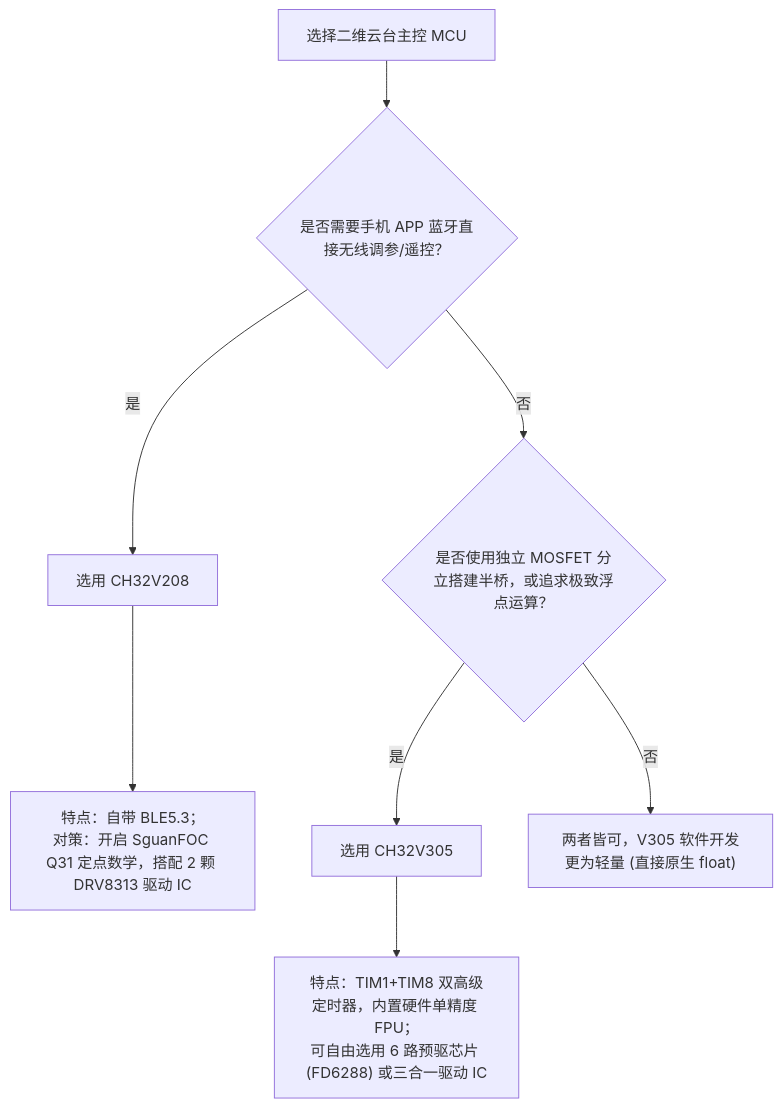
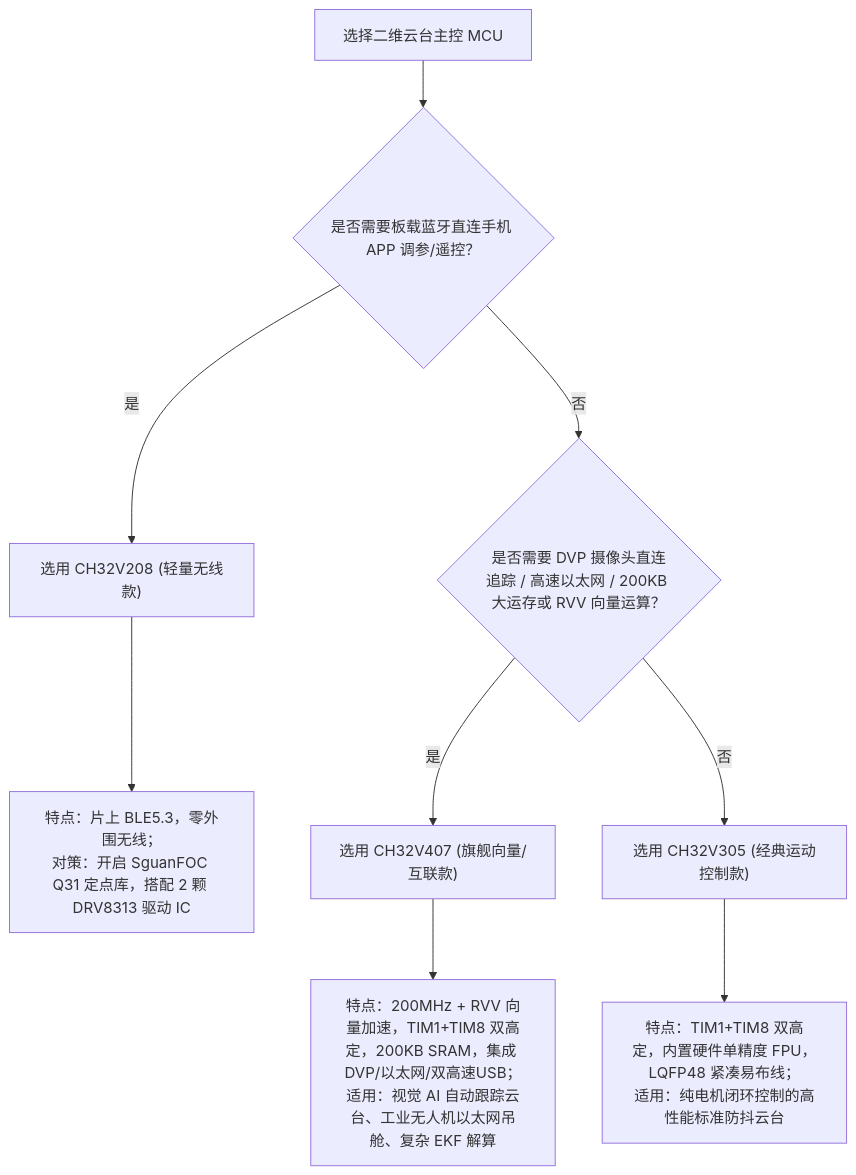
The first of 2 diagrams in commit/dual_motor_gimbal_guide.md (onlyistranger/SguanFOC_Library), drawn with Mermaid before and after one commit. The commit also changed other lines of this file and 1 other file, not shown here.

````diff
--- a/commit/dual_motor_gimbal_guide.md
+++ b/commit/dual_motor_gimbal_guide.md
@@ -82,11 +107,13 @@
 ```mermaid
 graph TD
-    Start["选择二维云台主控 MCU"] --> Q1{"是否需要手机 APP 蓝牙直接无线调参/遥控？"}
-    Q1 -- 是 --> V208["选用 CH32V208"]
-    V208 --> V208_Note["特点：自带 BLE5.3；<br>对策：开启 SguanFOC Q31 定点数学，搭配 2 颗 DRV8313 驱动 IC"]
+    Start["选择二维云台主控 MCU"] --> Q1{"是否需要板载蓝牙直连手机 APP 调参/遥控？"}
+    Q1 -- 是 --> V208["选用 CH32V208 (轻量无线款)"]
+    V208 --> V208_Note["特点：片上 BLE5.3，零外围无线；<br>对策：开启 SguanFOC Q31 定点库，搭配 2 颗 DRV8313 驱动 IC"]
     
-    Q1 -- 否 --> Q2{"是否使用独立 MOSFET 分立搭建半桥，或追求极致浮点运算？"}
-    Q2 -- 是 --> V305["选用 CH32V305"]
-    V305 --> V305_Note["特点：TIM1+TIM8 双高级定时器，内置硬件单精度 FPU；<br>可自由选用 6 路预驱芯片 (FD6288) 或三合一驱动 IC"]
-    Q2 -- 否 --> V305_Alt["两者皆可，V305 软件开发更为轻量 (直接原生 float)"]
+    Q1 -- 否 --> Q2{"是否需要 DVP 摄像头直连追踪 / 高速以太网 / 200KB 大运存或 RVV 向量运算？"}
+    Q2 -- 是 --> V407["选用 CH32V407 (旗舰向量/互联款)"]
+    V407 --> V407_Note["特点：200MHz + RVV 向量加速，TIM1+TIM8 双高定，200KB SRAM，集成 DVP/以太网/双高速USB；<br>适用：视觉 AI 自动跟踪云台、工业无人机以太网吊舱、复杂 EKF 解算"]
+    
+    Q2 -- 否 --> V305["选用 CH32V305 (经典运动控制款)"]
+    V305 --> V305_Note["特点：TIM1+TIM8 双高定，内置硬件单精度 FPU，LQFP48 紧凑易布线；<br>适用：纯电机闭环控制的高性能标准防抖云台"]
 ```
````
